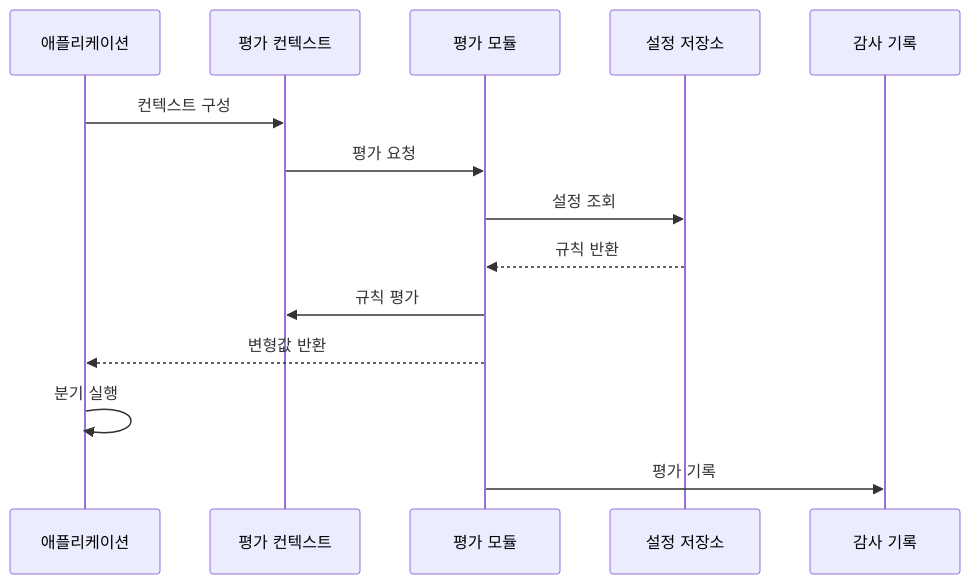
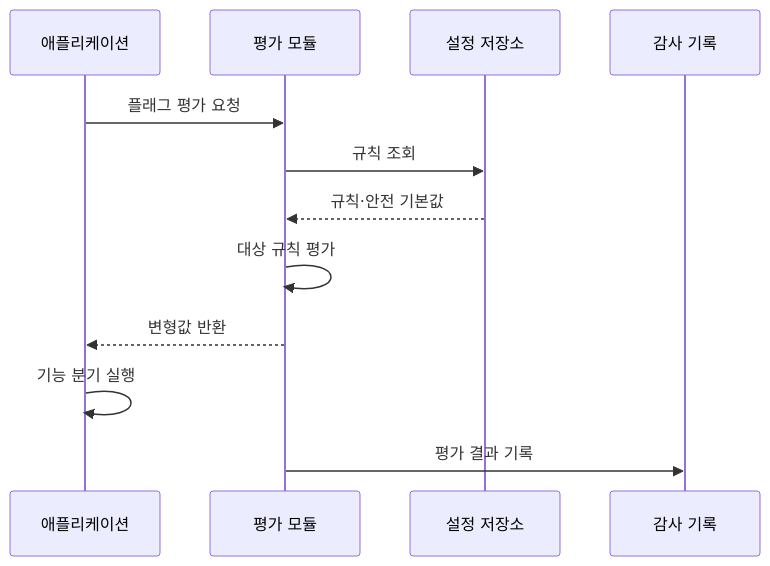
Before and after one commit to agnusdei1207/knowledge-base: the second of 2 diagrams in src/content/docs/notes/03-software/064_feature_flag.md, drawn with Mermaid. The commit also changed other lines of this file and 7 other files, not shown here.

````diff
--- a/src/content/docs/notes/03-software/064_feature_flag.md
+++ b/src/content/docs/notes/03-software/064_feature_flag.md
@@ -95,16 +76,14 @@
 ```mermaid
 sequenceDiagram
     participant A as 애플리케이션
-    participant C as 평가 컨텍스트
     participant E as 평가 모듈
     participant S as 설정 저장소
     participant L as 감사 기록
-    A->>C: 컨텍스트 구성
-    C->>E: 평가 요청
-    E->>S: 설정 조회
-    S-->>E: 규칙 반환
-    E->>C: 규칙 평가
+    A->>E: 플래그 평가 요청
+    E->>S: 규칙 조회
+    S-->>E: 규칙·안전 기본값
+    E->>E: 대상 규칙 평가
     E-->>A: 변형값 반환
-    A->>A: 분기 실행
-    E->>L: 평가 기록
+    A->>A: 기능 분기 실행
+    E->>L: 평가 결과 기록
 ```
````
